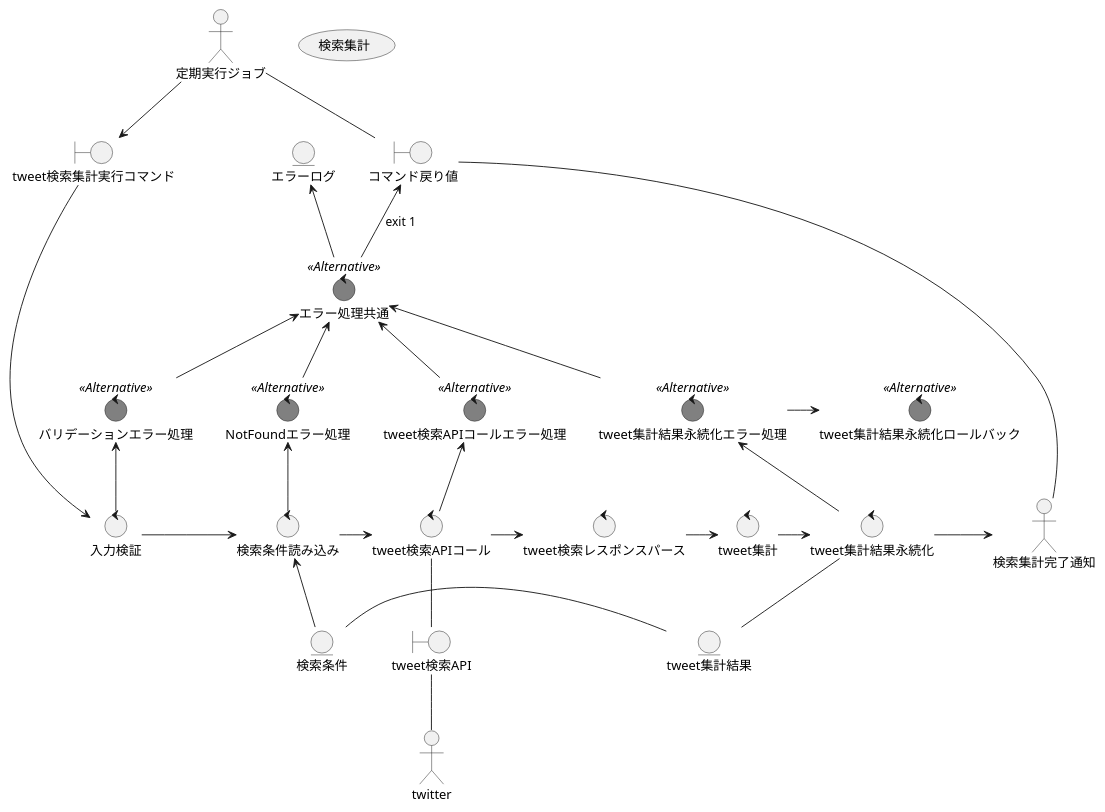
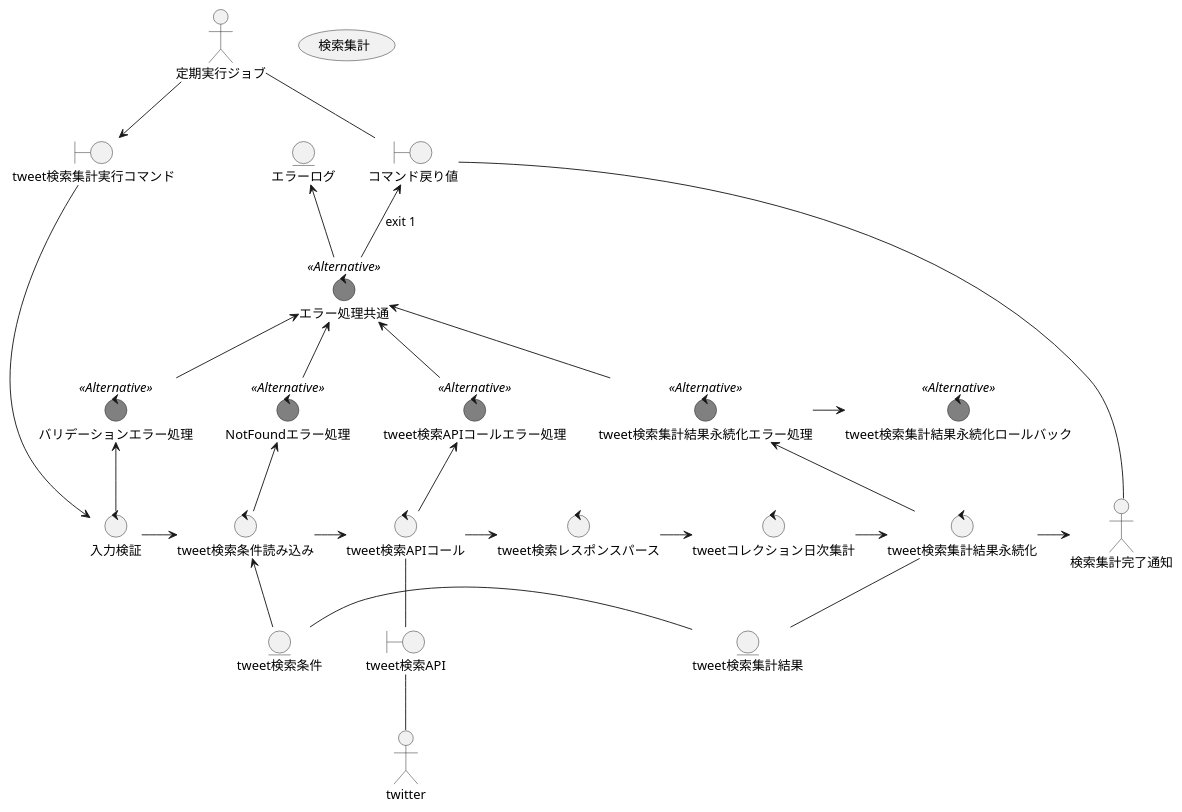
The diagram in analysis/search_and_aggregate/robustness.puml (wand2016/twitter-counter-api-generator), drawn with PlantUML before and after one commit. The commit also changed 1 other file, not shown here.

```diff
--- a/analysis/search_and_aggregate/robustness.puml
+++ b/analysis/search_and_aggregate/robustness.puml
@@ -1,68 +1,68 @@
 @startuml
 
 
 'left to right direction
 
 skinparam control {
   BackgroundColor<<Alternative>> Gray
 }
 
 usecase 検索集計
 
 actor 定期実行ジョブ
 boundary tweet検索集計実行コマンド
 control 入力検証
-control 検索条件読み込み
-entity 検索条件
+control tweet検索条件読み込み
+entity tweet検索条件
 control tweet検索APIコール
 boundary tweet検索API
 actor twitter
 control tweet検索レスポンスパース
-control tweet集計
-control tweet集計結果永続化
-entity tweet集計結果
+control tweetコレクション日次集計
+control tweet検索集計結果永続化
+entity tweet検索集計結果
 boundary コマンド戻り値
 
 entity エラーログ
 control エラー処理共通 <<Alternative>>
 control バリデーションエラー処理 <<Alternative>>
 control NotFoundエラー処理 <<Alternative>>
 control tweet検索APIコールエラー処理 <<Alternative>>
-control tweet集計結果永続化エラー処理 <<Alternative>>
-control tweet集計結果永続化ロールバック <<Alternative>>
+control tweet検索集計結果永続化エラー処理 <<Alternative>>
+control tweet検索集計結果永続化ロールバック <<Alternative>>
 
 
 定期実行ジョブ -d-> tweet検索集計実行コマンド
 tweet検索集計実行コマンド ---d-> 入力検証
-入力検証 -r-> 検索条件読み込み
-検索条件読み込み <-d- 検索条件
-検索条件読み込み -r-> tweet検索APIコール
+入力検証 -r-> tweet検索条件読み込み
+tweet検索条件読み込み <-d- tweet検索条件
+tweet検索条件読み込み -r-> tweet検索APIコール
 tweet検索APIコール -d- tweet検索API
 tweet検索API -d- twitter
 tweet検索APIコール -> tweet検索レスポンスパース
-tweet検索レスポンスパース -r-> tweet集計
-tweet集計 -r-> tweet集計結果永続化
-tweet集計結果永続化 -d- tweet集計結果
-検索条件 -r- tweet集計結果
-tweet集計結果永続化 -r-> 検索集計完了通知
+tweet検索レスポンスパース -r-> tweetコレクション日次集計
+tweetコレクション日次集計 -r-> tweet検索集計結果永続化
+tweet検索集計結果永続化 -d- tweet検索集計結果
+tweet検索条件 -r- tweet検索集計結果
+tweet検索集計結果永続化 -r-> 検索集計完了通知
 検索集計完了通知 -u--- コマンド戻り値
 コマンド戻り値 -u- 定期実行ジョブ
 
 
 エラー処理共通 -u-> エラーログ
 エラー処理共通 -u-> コマンド戻り値 : exit 1
 
 入力検証 -u-> バリデーションエラー処理
 バリデーションエラー処理 -u-> エラー処理共通
 
-検索条件読み込み -u-> NotFoundエラー処理
+tweet検索条件読み込み -u-> NotFoundエラー処理
 NotFoundエラー処理 -u-> エラー処理共通
 
 tweet検索APIコール -u-> tweet検索APIコールエラー処理
 tweet検索APIコールエラー処理 -u-> エラー処理共通
 
-tweet集計結果永続化 -u-> tweet集計結果永続化エラー処理
-tweet集計結果永続化エラー処理 -r-> tweet集計結果永続化ロールバック
-tweet集計結果永続化エラー処理 -u-> エラー処理共通
+tweet検索集計結果永続化 -u-> tweet検索集計結果永続化エラー処理
+tweet検索集計結果永続化エラー処理 -r-> tweet検索集計結果永続化ロールバック
+tweet検索集計結果永続化エラー処理 -u-> エラー処理共通
 
 @enduml
```
